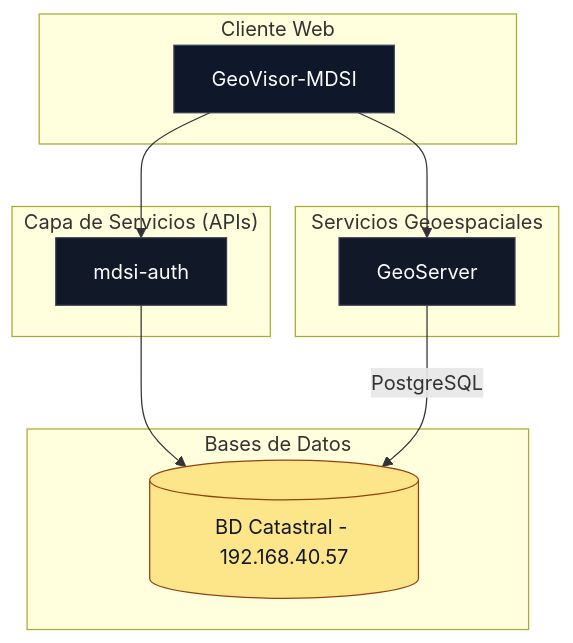
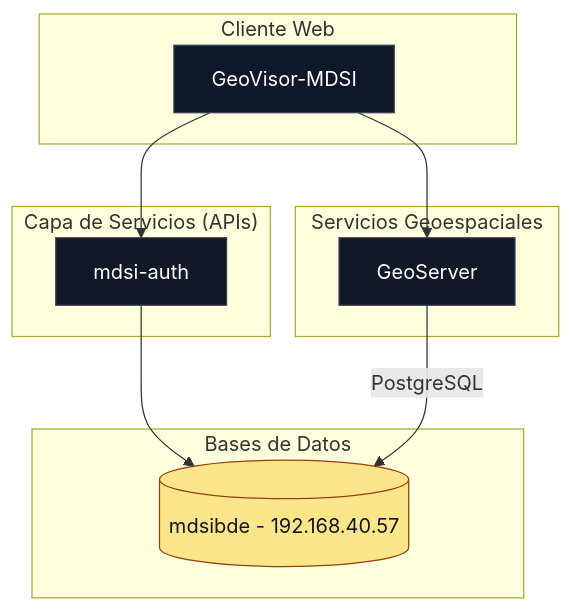
One commit to mdsigeovisor/geovisormdsi changed the diagram in README.md. Above: the diagram before and after it, drawn with Mermaid.

````diff
--- a/README.md
+++ b/README.md
@@ -3,41 +3,41 @@
 ```mermaid
 graph TB
   %% =========================
   %% COMPONENTES
   %% =========================
   subgraph "Cliente Web"
     FRONT[GeoVisor-MDSI]
   end
 
   subgraph "Capa de Servicios (APIs)"
     AUTH[mdsi-auth]
   end
 
   subgraph "Bases de Datos"
-    DB1[(BD Catastral - 192.168.40.57)]
+    DB1[(mdsibde - 192.168.40.57)]
   end
 
   subgraph "Servicios Geoespaciales"
     GEOSERVER[GeoServer]
   end
 
   %% =========================
   %% RELACIONES
   %% =========================
   FRONT --> AUTH
   FRONT --> GEOSERVER
 
   AUTH --> DB1
   GEOSERVER -- "PostgreSQL" --> DB1
 
   %% =========================
   %% ESTILOS
   %% =========================
   classDef front fill:#0f172a,stroke:#334155,stroke-width:1px,color:#fff;
   classDef service fill:#111827,stroke:#374151,stroke-width:1px,color:#fff;
   classDef db fill:#fde68a,stroke:#92400e,stroke-width:1px,color:#111827;
 
   class FRONT front;
   class AUTH,GEOSERVER service;
   class DB1 db;
 ```
````
